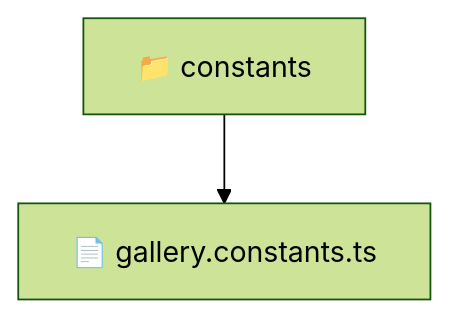
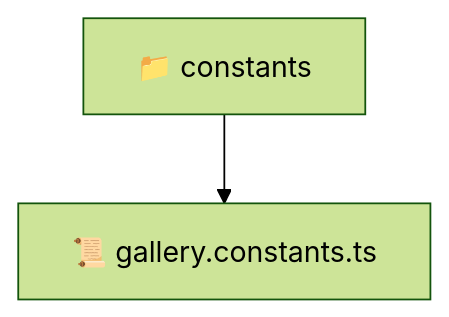
Before and after one commit to beginwebdev2002/fullstack-mavluda: the diagram in frontend/src/entities/gallery/constants/README.md, drawn with Mermaid (forest theme). The commit also changed other lines of this file and 163 other files, not shown here.

````diff
--- a/frontend/src/entities/gallery/constants/README.md
+++ b/frontend/src/entities/gallery/constants/README.md
@@ -11,5 +11,5 @@
 ```mermaid
 graph TD
-  Root["📁 constants"]
-  Root --> gallery_constants_ts["📄 gallery.constants.ts"]
+  constants["📁 constants"]
+  constants --> gallery_constants_ts["📜 gallery.constants.ts"]
 ```
````
